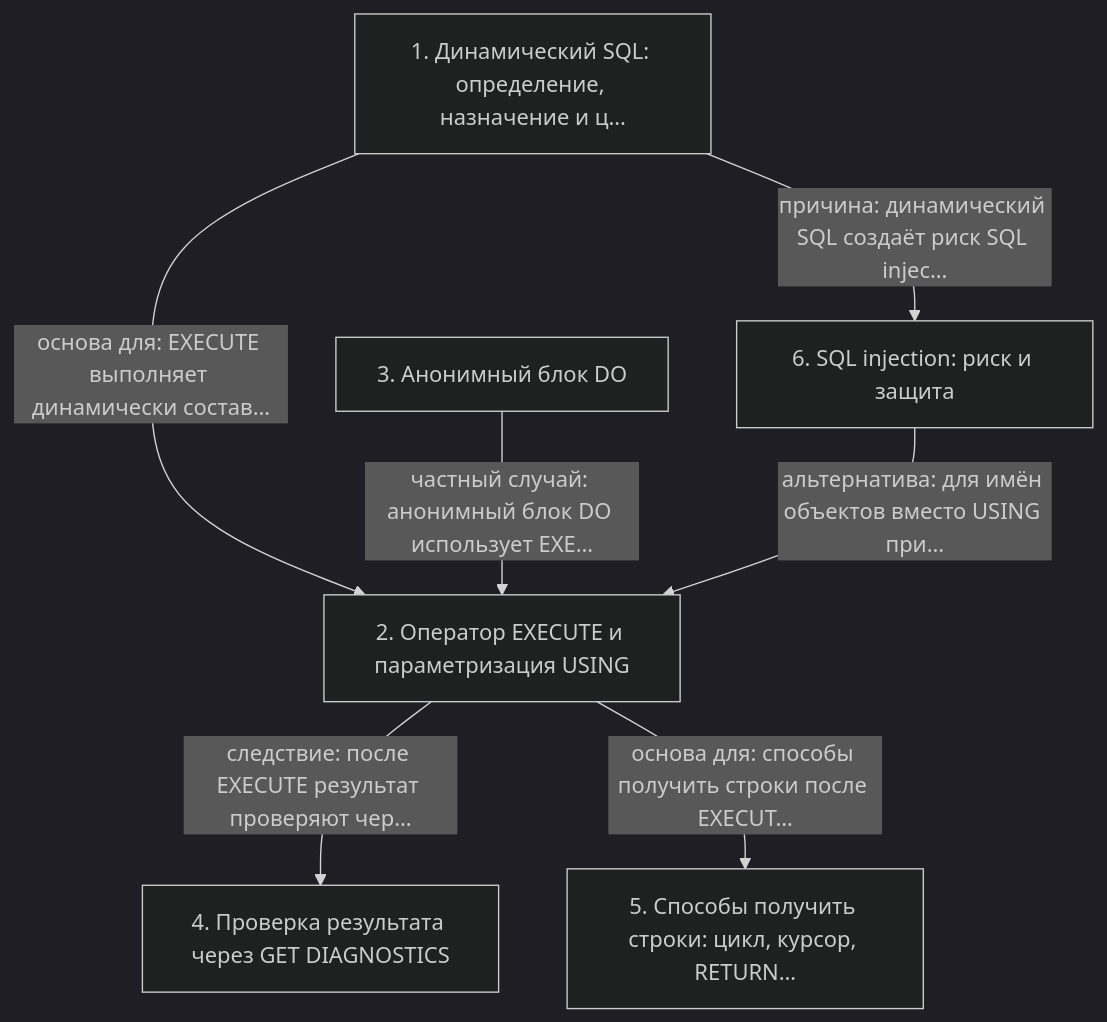
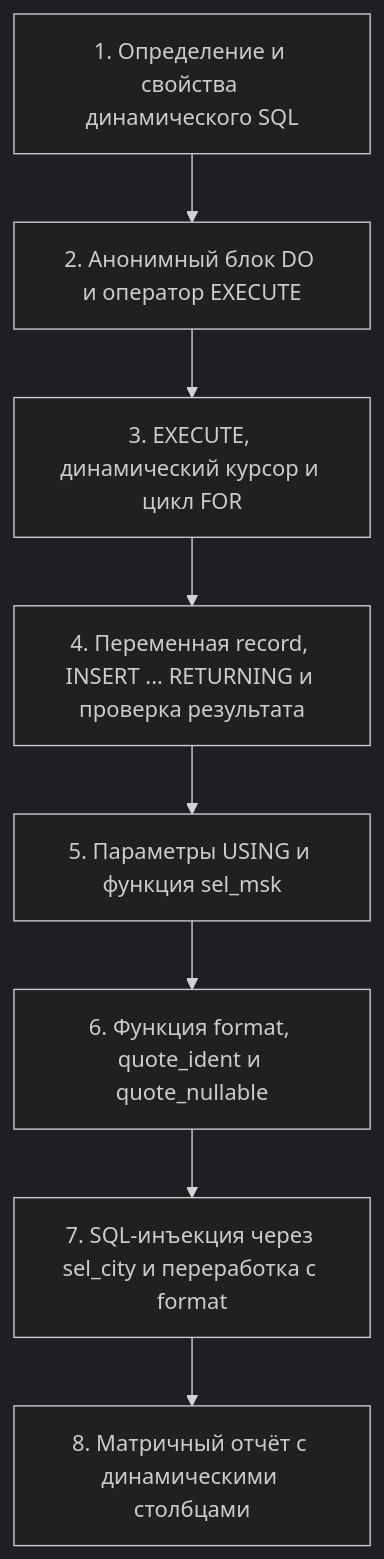
The diagram in postgres-dev1/15 - DEV1-16. 14. Динамические команды/notes.md (AsoloCode/notes), drawn with Mermaid (dark theme) before and after one commit. The commit also changed other lines of this file and 503 other files, not shown here.

First line of the commit message:
Обновить конспекты PostgreSQL (QPT-16, DEV1-16): слайды, схемы, факт-чек

````diff
--- a/postgres-dev1/15 - DEV1-16. 14. Динамические команды/notes.md
+++ b/postgres-dev1/15 - DEV1-16. 14. Динамические команды/notes.md
@@ -117,15 +655,18 @@
 ```mermaid
 flowchart TD
-    n1["1. Динамический SQL: определение, назначение и ц…"]
-    n2["2. Оператор EXECUTE и параметризация USING"]
-    n3["3. Анонимный блок DO"]
-    n4["4. Проверка результата через GET DIAGNOSTICS"]
-    n5["5. Способы получить строки: цикл, курсор, RETURN…"]
-    n6["6. SQL injection: риск и защита"]
-    n1 -->|основа для: EXECUTE выполняет динамически состав…| n2
-    n1 -->|причина: динамический SQL создаёт риск SQL injec…| n6
-    n2 -->|следствие: после EXECUTE результат проверяют чер…| n4
-    n2 -->|основа для: способы получить строки после EXECUT…| n5
-    n3 -->|частный случай: анонимный блок DO использует EXE…| n2
-    n6 -->|альтернатива: для имён объектов вместо USING при…| n2
+    n1["1. Определение и свойства динамического SQL"]
+    n2["2. Анонимный блок DO и оператор EXECUTE"]
+    n3["3. EXECUTE, динамический курсор и цикл FOR"]
+    n4["4. Переменная record, INSERT ... RETURNING и проверка результата"]
+    n5["5. Параметры USING и функция sel_msk"]
+    n6["6. Функция format, quote_ident и quote_nullable"]
+    n7["7. SQL-инъекция через sel_city и переработка с format"]
+    n8["8. Матричный отчёт с динамическими столбцами"]
+    n1 --> n2
+    n2 --> n3
+    n3 --> n4
+    n4 --> n5
+    n5 --> n6
+    n6 --> n7
+    n7 --> n8
 ```
````
